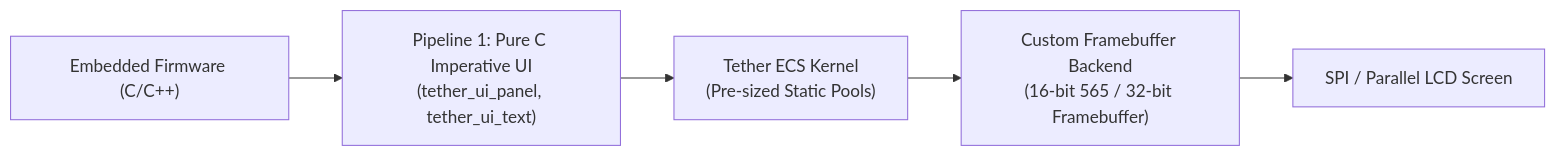
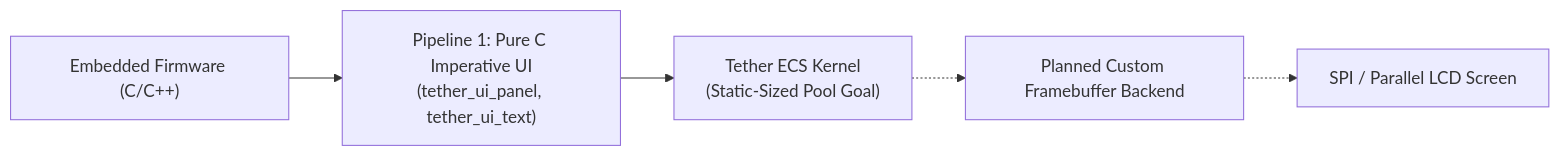
Before and after one commit to Yuvi-GD/Tether: the second of 2 diagrams in docs/technical/14_portability_and_decisions.md, drawn with Mermaid. The commit also changed other lines of this file and 24 other files, not shown here.

Commit message:
docs: align technical docs with v0.0.3-preview and clarify presentation roadmap

````diff
--- a/docs/technical/14_portability_and_decisions.md
+++ b/docs/technical/14_portability_and_decisions.md
@@ -69,7 +69,7 @@
 ```mermaid
 flowchart LR
     Firmware["Embedded Firmware (C/C++)"] --> ImpUI["Pipeline 1: Pure C Imperative UI\n(tether_ui_panel, tether_ui_text)"]
-    ImpUI --> ECSKernel["Tether ECS Kernel\n(Pre-sized Static Pools)"]
-    ECSKernel --> Framebuffer["Custom Framebuffer Backend\n(16-bit 565 / 32-bit Framebuffer)"]
-    Framebuffer --> Display["SPI / Parallel LCD Screen"]
+    ImpUI --> ECSKernel["Tether ECS Kernel\n(Static-Sized Pool Goal)"]
+    ECSKernel -.-> Framebuffer["Planned Custom Framebuffer Backend"]
+    Framebuffer -.-> Display["SPI / Parallel LCD Screen"]
 ```
````
